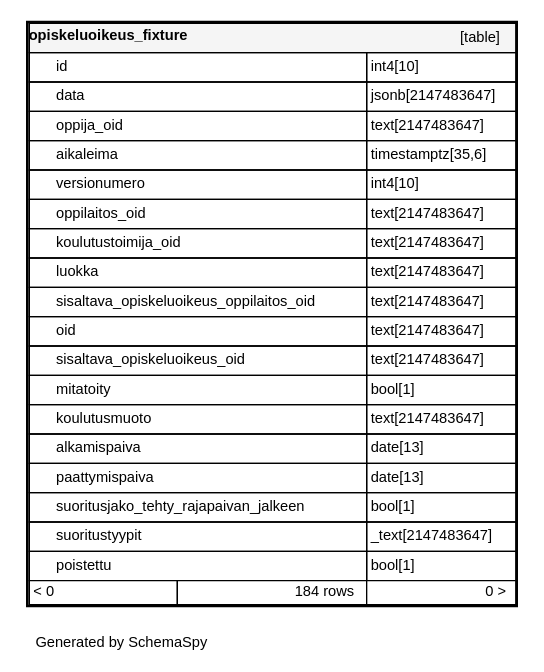
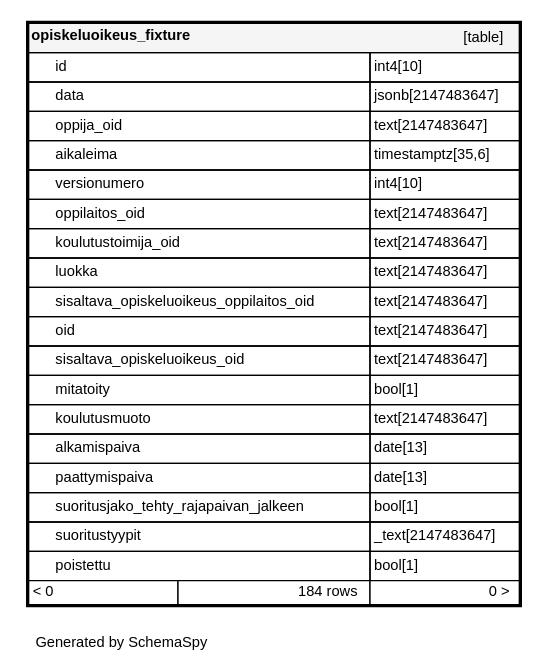
One commit to Opetushallitus/koski changed the diagram in documentation/tietokantaskeemat/koski/diagrams/tables/opiskeluoikeus_fixture.1degree.dot. Above: the diagram before and after it, drawn with Graphviz. The commit also changed 235 other files, not shown here.

```diff
--- a/documentation/tietokantaskeemat/koski/diagrams/tables/opiskeluoikeus_fixture.1degree.dot
+++ b/documentation/tietokantaskeemat/koski/diagrams/tables/opiskeluoikeus_fixture.1degree.dot
@@ -3,25 +3,25 @@
   "opiskeluoikeus_fixture" [
    label=<
     <TABLE BORDER="2" CELLBORDER="1" CELLSPACING="0" BGCOLOR="#ffffff">
-      <TR><TD COLSPAN="4"  BGCOLOR="#f5f5f5"><TABLE BORDER="0" CELLSPACING="0"><TR><TD ALIGN="LEFT" FIXEDSIZE="TRUE" WIDTH="130" HEIGHT="16"><B>opiskeluoikeus_fixture</B></TD><TD ALIGN="RIGHT">[table]</TD></TR></TABLE></TD></TR>
-      <TR><TD PORT="id" COLSPAN="2" ALIGN="LEFT"><TABLE BORDER="0" CELLSPACING="0" ALIGN="LEFT"><TR ALIGN="LEFT"><TD ALIGN="LEFT" FIXEDSIZE="TRUE" WIDTH="15" HEIGHT="16"></TD><TD ALIGN="LEFT" FIXEDSIZE="TRUE" WIDTH="232" HEIGHT="16">id</TD></TR></TABLE></TD><TD PORT="id.type" ALIGN="LEFT">int4[10]</TD></TR>
-      <TR><TD PORT="data" COLSPAN="2" ALIGN="LEFT"><TABLE BORDER="0" CELLSPACING="0" ALIGN="LEFT"><TR ALIGN="LEFT"><TD ALIGN="LEFT" FIXEDSIZE="TRUE" WIDTH="15" HEIGHT="16"></TD><TD ALIGN="LEFT" FIXEDSIZE="TRUE" WIDTH="232" HEIGHT="16">data</TD></TR></TABLE></TD><TD PORT="data.type" ALIGN="LEFT">jsonb[2147483647]</TD></TR>
-      <TR><TD PORT="oppija_oid" COLSPAN="2" ALIGN="LEFT"><TABLE BORDER="0" CELLSPACING="0" ALIGN="LEFT"><TR ALIGN="LEFT"><TD ALIGN="LEFT" FIXEDSIZE="TRUE" WIDTH="15" HEIGHT="16"></TD><TD ALIGN="LEFT" FIXEDSIZE="TRUE" WIDTH="232" HEIGHT="16">oppija_oid</TD></TR></TABLE></TD><TD PORT="oppija_oid.type" ALIGN="LEFT">text[2147483647]</TD></TR>
-      <TR><TD PORT="aikaleima" COLSPAN="2" ALIGN="LEFT"><TABLE BORDER="0" CELLSPACING="0" ALIGN="LEFT"><TR ALIGN="LEFT"><TD ALIGN="LEFT" FIXEDSIZE="TRUE" WIDTH="15" HEIGHT="16"></TD><TD ALIGN="LEFT" FIXEDSIZE="TRUE" WIDTH="232" HEIGHT="16">aikaleima</TD></TR></TABLE></TD><TD PORT="aikaleima.type" ALIGN="LEFT">timestamptz[35,6]</TD></TR>
-      <TR><TD PORT="versionumero" COLSPAN="2" ALIGN="LEFT"><TABLE BORDER="0" CELLSPACING="0" ALIGN="LEFT"><TR ALIGN="LEFT"><TD ALIGN="LEFT" FIXEDSIZE="TRUE" WIDTH="15" HEIGHT="16"></TD><TD ALIGN="LEFT" FIXEDSIZE="TRUE" WIDTH="232" HEIGHT="16">versionumero</TD></TR></TABLE></TD><TD PORT="versionumero.type" ALIGN="LEFT">int4[10]</TD></TR>
-      <TR><TD PORT="oppilaitos_oid" COLSPAN="2" ALIGN="LEFT"><TABLE BORDER="0" CELLSPACING="0" ALIGN="LEFT"><TR ALIGN="LEFT"><TD ALIGN="LEFT" FIXEDSIZE="TRUE" WIDTH="15" HEIGHT="16"></TD><TD ALIGN="LEFT" FIXEDSIZE="TRUE" WIDTH="232" HEIGHT="16">oppilaitos_oid</TD></TR></TABLE></TD><TD PORT="oppilaitos_oid.type" ALIGN="LEFT">text[2147483647]</TD></TR>
-      <TR><TD PORT="koulutustoimija_oid" COLSPAN="2" ALIGN="LEFT"><TABLE BORDER="0" CELLSPACING="0" ALIGN="LEFT"><TR ALIGN="LEFT"><TD ALIGN="LEFT" FIXEDSIZE="TRUE" WIDTH="15" HEIGHT="16"></TD><TD ALIGN="LEFT" FIXEDSIZE="TRUE" WIDTH="232" HEIGHT="16">koulutustoimija_oid</TD></TR></TABLE></TD><TD PORT="koulutustoimija_oid.type" ALIGN="LEFT">text[2147483647]</TD></TR>
-      <TR><TD PORT="luokka" COLSPAN="2" ALIGN="LEFT"><TABLE BORDER="0" CELLSPACING="0" ALIGN="LEFT"><TR ALIGN="LEFT"><TD ALIGN="LEFT" FIXEDSIZE="TRUE" WIDTH="15" HEIGHT="16"></TD><TD ALIGN="LEFT" FIXEDSIZE="TRUE" WIDTH="232" HEIGHT="16">luokka</TD></TR></TABLE></TD><TD PORT="luokka.type" ALIGN="LEFT">text[2147483647]</TD></TR>
-      <TR><TD PORT="sisaltava_opiskeluoikeus_oppilaitos_oid" COLSPAN="2" ALIGN="LEFT"><TABLE BORDER="0" CELLSPACING="0" ALIGN="LEFT"><TR ALIGN="LEFT"><TD ALIGN="LEFT" FIXEDSIZE="TRUE" WIDTH="15" HEIGHT="16"></TD><TD ALIGN="LEFT" FIXEDSIZE="TRUE" WIDTH="232" HEIGHT="16">sisaltava_opiskeluoikeus_oppilaitos_oid</TD></TR></TABLE></TD><TD PORT="sisaltava_opiskeluoikeus_oppilaitos_oid.type" ALIGN="LEFT">text[2147483647]</TD></TR>
-      <TR><TD PORT="oid" COLSPAN="2" ALIGN="LEFT"><TABLE BORDER="0" CELLSPACING="0" ALIGN="LEFT"><TR ALIGN="LEFT"><TD ALIGN="LEFT" FIXEDSIZE="TRUE" WIDTH="15" HEIGHT="16"></TD><TD ALIGN="LEFT" FIXEDSIZE="TRUE" WIDTH="232" HEIGHT="16">oid</TD></TR></TABLE></TD><TD PORT="oid.type" ALIGN="LEFT">text[2147483647]</TD></TR>
-      <TR><TD PORT="sisaltava_opiskeluoikeus_oid" COLSPAN="2" ALIGN="LEFT"><TABLE BORDER="0" CELLSPACING="0" ALIGN="LEFT"><TR ALIGN="LEFT"><TD ALIGN="LEFT" FIXEDSIZE="TRUE" WIDTH="15" HEIGHT="16"></TD><TD ALIGN="LEFT" FIXEDSIZE="TRUE" WIDTH="232" HEIGHT="16">sisaltava_opiskeluoikeus_oid</TD></TR></TABLE></TD><TD PORT="sisaltava_opiskeluoikeus_oid.type" ALIGN="LEFT">text[2147483647]</TD></TR>
-      <TR><TD PORT="mitatoity" COLSPAN="2" ALIGN="LEFT"><TABLE BORDER="0" CELLSPACING="0" ALIGN="LEFT"><TR ALIGN="LEFT"><TD ALIGN="LEFT" FIXEDSIZE="TRUE" WIDTH="15" HEIGHT="16"></TD><TD ALIGN="LEFT" FIXEDSIZE="TRUE" WIDTH="232" HEIGHT="16">mitatoity</TD></TR></TABLE></TD><TD PORT="mitatoity.type" ALIGN="LEFT">bool[1]</TD></TR>
-      <TR><TD PORT="koulutusmuoto" COLSPAN="2" ALIGN="LEFT"><TABLE BORDER="0" CELLSPACING="0" ALIGN="LEFT"><TR ALIGN="LEFT"><TD ALIGN="LEFT" FIXEDSIZE="TRUE" WIDTH="15" HEIGHT="16"></TD><TD ALIGN="LEFT" FIXEDSIZE="TRUE" WIDTH="232" HEIGHT="16">koulutusmuoto</TD></TR></TABLE></TD><TD PORT="koulutusmuoto.type" ALIGN="LEFT">text[2147483647]</TD></TR>
-      <TR><TD PORT="alkamispaiva" COLSPAN="2" ALIGN="LEFT"><TABLE BORDER="0" CELLSPACING="0" ALIGN="LEFT"><TR ALIGN="LEFT"><TD ALIGN="LEFT" FIXEDSIZE="TRUE" WIDTH="15" HEIGHT="16"></TD><TD ALIGN="LEFT" FIXEDSIZE="TRUE" WIDTH="232" HEIGHT="16">alkamispaiva</TD></TR></TABLE></TD><TD PORT="alkamispaiva.type" ALIGN="LEFT">date[13]</TD></TR>
-      <TR><TD PORT="paattymispaiva" COLSPAN="2" ALIGN="LEFT"><TABLE BORDER="0" CELLSPACING="0" ALIGN="LEFT"><TR ALIGN="LEFT"><TD ALIGN="LEFT" FIXEDSIZE="TRUE" WIDTH="15" HEIGHT="16"></TD><TD ALIGN="LEFT" FIXEDSIZE="TRUE" WIDTH="232" HEIGHT="16">paattymispaiva</TD></TR></TABLE></TD><TD PORT="paattymispaiva.type" ALIGN="LEFT">date[13]</TD></TR>
-      <TR><TD PORT="suoritusjako_tehty_rajapaivan_jalkeen" COLSPAN="2" ALIGN="LEFT"><TABLE BORDER="0" CELLSPACING="0" ALIGN="LEFT"><TR ALIGN="LEFT"><TD ALIGN="LEFT" FIXEDSIZE="TRUE" WIDTH="15" HEIGHT="16"></TD><TD ALIGN="LEFT" FIXEDSIZE="TRUE" WIDTH="232" HEIGHT="16">suoritusjako_tehty_rajapaivan_jalkeen</TD></TR></TABLE></TD><TD PORT="suoritusjako_tehty_rajapaivan_jalkeen.type" ALIGN="LEFT">bool[1]</TD></TR>
-      <TR><TD PORT="suoritustyypit" COLSPAN="2" ALIGN="LEFT"><TABLE BORDER="0" CELLSPACING="0" ALIGN="LEFT"><TR ALIGN="LEFT"><TD ALIGN="LEFT" FIXEDSIZE="TRUE" WIDTH="15" HEIGHT="16"></TD><TD ALIGN="LEFT" FIXEDSIZE="TRUE" WIDTH="232" HEIGHT="16">suoritustyypit</TD></TR></TABLE></TD><TD PORT="suoritustyypit.type" ALIGN="LEFT">_text[2147483647]</TD></TR>
-      <TR><TD PORT="poistettu" COLSPAN="2" ALIGN="LEFT"><TABLE BORDER="0" CELLSPACING="0" ALIGN="LEFT"><TR ALIGN="LEFT"><TD ALIGN="LEFT" FIXEDSIZE="TRUE" WIDTH="15" HEIGHT="16"></TD><TD ALIGN="LEFT" FIXEDSIZE="TRUE" WIDTH="232" HEIGHT="16">poistettu</TD></TR></TABLE></TD><TD PORT="poistettu.type" ALIGN="LEFT">bool[1]</TD></TR>
+      <TR><TD COLSPAN="4"  BGCOLOR="#f5f5f5"><TABLE BORDER="0" CELLSPACING="0"><TR><TD ALIGN="LEFT" FIXEDSIZE="TRUE" WIDTH="135" HEIGHT="16"><B>opiskeluoikeus_fixture</B></TD><TD ALIGN="RIGHT">[table]</TD></TR></TABLE></TD></TR>
+      <TR><TD PORT="id" COLSPAN="2" ALIGN="LEFT"><TABLE BORDER="0" CELLSPACING="0" ALIGN="LEFT"><TR ALIGN="LEFT"><TD ALIGN="LEFT" FIXEDSIZE="TRUE" WIDTH="15" HEIGHT="16"></TD><TD ALIGN="LEFT" FIXEDSIZE="TRUE" WIDTH="235" HEIGHT="16">id</TD></TR></TABLE></TD><TD PORT="id.type" ALIGN="LEFT">int4[10]</TD></TR>
+      <TR><TD PORT="data" COLSPAN="2" ALIGN="LEFT"><TABLE BORDER="0" CELLSPACING="0" ALIGN="LEFT"><TR ALIGN="LEFT"><TD ALIGN="LEFT" FIXEDSIZE="TRUE" WIDTH="15" HEIGHT="16"></TD><TD ALIGN="LEFT" FIXEDSIZE="TRUE" WIDTH="235" HEIGHT="16">data</TD></TR></TABLE></TD><TD PORT="data.type" ALIGN="LEFT">jsonb[2147483647]</TD></TR>
+      <TR><TD PORT="oppija_oid" COLSPAN="2" ALIGN="LEFT"><TABLE BORDER="0" CELLSPACING="0" ALIGN="LEFT"><TR ALIGN="LEFT"><TD ALIGN="LEFT" FIXEDSIZE="TRUE" WIDTH="15" HEIGHT="16"></TD><TD ALIGN="LEFT" FIXEDSIZE="TRUE" WIDTH="235" HEIGHT="16">oppija_oid</TD></TR></TABLE></TD><TD PORT="oppija_oid.type" ALIGN="LEFT">text[2147483647]</TD></TR>
+      <TR><TD PORT="aikaleima" COLSPAN="2" ALIGN="LEFT"><TABLE BORDER="0" CELLSPACING="0" ALIGN="LEFT"><TR ALIGN="LEFT"><TD ALIGN="LEFT" FIXEDSIZE="TRUE" WIDTH="15" HEIGHT="16"></TD><TD ALIGN="LEFT" FIXEDSIZE="TRUE" WIDTH="235" HEIGHT="16">aikaleima</TD></TR></TABLE></TD><TD PORT="aikaleima.type" ALIGN="LEFT">timestamptz[35,6]</TD></TR>
+      <TR><TD PORT="versionumero" COLSPAN="2" ALIGN="LEFT"><TABLE BORDER="0" CELLSPACING="0" ALIGN="LEFT"><TR ALIGN="LEFT"><TD ALIGN="LEFT" FIXEDSIZE="TRUE" WIDTH="15" HEIGHT="16"></TD><TD ALIGN="LEFT" FIXEDSIZE="TRUE" WIDTH="235" HEIGHT="16">versionumero</TD></TR></TABLE></TD><TD PORT="versionumero.type" ALIGN="LEFT">int4[10]</TD></TR>
+      <TR><TD PORT="oppilaitos_oid" COLSPAN="2" ALIGN="LEFT"><TABLE BORDER="0" CELLSPACING="0" ALIGN="LEFT"><TR ALIGN="LEFT"><TD ALIGN="LEFT" FIXEDSIZE="TRUE" WIDTH="15" HEIGHT="16"></TD><TD ALIGN="LEFT" FIXEDSIZE="TRUE" WIDTH="235" HEIGHT="16">oppilaitos_oid</TD></TR></TABLE></TD><TD PORT="oppilaitos_oid.type" ALIGN="LEFT">text[2147483647]</TD></TR>
+      <TR><TD PORT="koulutustoimija_oid" COLSPAN="2" ALIGN="LEFT"><TABLE BORDER="0" CELLSPACING="0" ALIGN="LEFT"><TR ALIGN="LEFT"><TD ALIGN="LEFT" FIXEDSIZE="TRUE" WIDTH="15" HEIGHT="16"></TD><TD ALIGN="LEFT" FIXEDSIZE="TRUE" WIDTH="235" HEIGHT="16">koulutustoimija_oid</TD></TR></TABLE></TD><TD PORT="koulutustoimija_oid.type" ALIGN="LEFT">text[2147483647]</TD></TR>
+      <TR><TD PORT="luokka" COLSPAN="2" ALIGN="LEFT"><TABLE BORDER="0" CELLSPACING="0" ALIGN="LEFT"><TR ALIGN="LEFT"><TD ALIGN="LEFT" FIXEDSIZE="TRUE" WIDTH="15" HEIGHT="16"></TD><TD ALIGN="LEFT" FIXEDSIZE="TRUE" WIDTH="235" HEIGHT="16">luokka</TD></TR></TABLE></TD><TD PORT="luokka.type" ALIGN="LEFT">text[2147483647]</TD></TR>
+      <TR><TD PORT="sisaltava_opiskeluoikeus_oppilaitos_oid" COLSPAN="2" ALIGN="LEFT"><TABLE BORDER="0" CELLSPACING="0" ALIGN="LEFT"><TR ALIGN="LEFT"><TD ALIGN="LEFT" FIXEDSIZE="TRUE" WIDTH="15" HEIGHT="16"></TD><TD ALIGN="LEFT" FIXEDSIZE="TRUE" WIDTH="235" HEIGHT="16">sisaltava_opiskeluoikeus_oppilaitos_oid</TD></TR></TABLE></TD><TD PORT="sisaltava_opiskeluoikeus_oppilaitos_oid.type" ALIGN="LEFT">text[2147483647]</TD></TR>
+      <TR><TD PORT="oid" COLSPAN="2" ALIGN="LEFT"><TABLE BORDER="0" CELLSPACING="0" ALIGN="LEFT"><TR ALIGN="LEFT"><TD ALIGN="LEFT" FIXEDSIZE="TRUE" WIDTH="15" HEIGHT="16"></TD><TD ALIGN="LEFT" FIXEDSIZE="TRUE" WIDTH="235" HEIGHT="16">oid</TD></TR></TABLE></TD><TD PORT="oid.type" ALIGN="LEFT">text[2147483647]</TD></TR>
+      <TR><TD PORT="sisaltava_opiskeluoikeus_oid" COLSPAN="2" ALIGN="LEFT"><TABLE BORDER="0" CELLSPACING="0" ALIGN="LEFT"><TR ALIGN="LEFT"><TD ALIGN="LEFT" FIXEDSIZE="TRUE" WIDTH="15" HEIGHT="16"></TD><TD ALIGN="LEFT" FIXEDSIZE="TRUE" WIDTH="235" HEIGHT="16">sisaltava_opiskeluoikeus_oid</TD></TR></TABLE></TD><TD PORT="sisaltava_opiskeluoikeus_oid.type" ALIGN="LEFT">text[2147483647]</TD></TR>
+      <TR><TD PORT="mitatoity" COLSPAN="2" ALIGN="LEFT"><TABLE BORDER="0" CELLSPACING="0" ALIGN="LEFT"><TR ALIGN="LEFT"><TD ALIGN="LEFT" FIXEDSIZE="TRUE" WIDTH="15" HEIGHT="16"></TD><TD ALIGN="LEFT" FIXEDSIZE="TRUE" WIDTH="235" HEIGHT="16">mitatoity</TD></TR></TABLE></TD><TD PORT="mitatoity.type" ALIGN="LEFT">bool[1]</TD></TR>
+      <TR><TD PORT="koulutusmuoto" COLSPAN="2" ALIGN="LEFT"><TABLE BORDER="0" CELLSPACING="0" ALIGN="LEFT"><TR ALIGN="LEFT"><TD ALIGN="LEFT" FIXEDSIZE="TRUE" WIDTH="15" HEIGHT="16"></TD><TD ALIGN="LEFT" FIXEDSIZE="TRUE" WIDTH="235" HEIGHT="16">koulutusmuoto</TD></TR></TABLE></TD><TD PORT="koulutusmuoto.type" ALIGN="LEFT">text[2147483647]</TD></TR>
+      <TR><TD PORT="alkamispaiva" COLSPAN="2" ALIGN="LEFT"><TABLE BORDER="0" CELLSPACING="0" ALIGN="LEFT"><TR ALIGN="LEFT"><TD ALIGN="LEFT" FIXEDSIZE="TRUE" WIDTH="15" HEIGHT="16"></TD><TD ALIGN="LEFT" FIXEDSIZE="TRUE" WIDTH="235" HEIGHT="16">alkamispaiva</TD></TR></TABLE></TD><TD PORT="alkamispaiva.type" ALIGN="LEFT">date[13]</TD></TR>
+      <TR><TD PORT="paattymispaiva" COLSPAN="2" ALIGN="LEFT"><TABLE BORDER="0" CELLSPACING="0" ALIGN="LEFT"><TR ALIGN="LEFT"><TD ALIGN="LEFT" FIXEDSIZE="TRUE" WIDTH="15" HEIGHT="16"></TD><TD ALIGN="LEFT" FIXEDSIZE="TRUE" WIDTH="235" HEIGHT="16">paattymispaiva</TD></TR></TABLE></TD><TD PORT="paattymispaiva.type" ALIGN="LEFT">date[13]</TD></TR>
+      <TR><TD PORT="suoritusjako_tehty_rajapaivan_jalkeen" COLSPAN="2" ALIGN="LEFT"><TABLE BORDER="0" CELLSPACING="0" ALIGN="LEFT"><TR ALIGN="LEFT"><TD ALIGN="LEFT" FIXEDSIZE="TRUE" WIDTH="15" HEIGHT="16"></TD><TD ALIGN="LEFT" FIXEDSIZE="TRUE" WIDTH="235" HEIGHT="16">suoritusjako_tehty_rajapaivan_jalkeen</TD></TR></TABLE></TD><TD PORT="suoritusjako_tehty_rajapaivan_jalkeen.type" ALIGN="LEFT">bool[1]</TD></TR>
+      <TR><TD PORT="suoritustyypit" COLSPAN="2" ALIGN="LEFT"><TABLE BORDER="0" CELLSPACING="0" ALIGN="LEFT"><TR ALIGN="LEFT"><TD ALIGN="LEFT" FIXEDSIZE="TRUE" WIDTH="15" HEIGHT="16"></TD><TD ALIGN="LEFT" FIXEDSIZE="TRUE" WIDTH="235" HEIGHT="16">suoritustyypit</TD></TR></TABLE></TD><TD PORT="suoritustyypit.type" ALIGN="LEFT">_text[2147483647]</TD></TR>
+      <TR><TD PORT="poistettu" COLSPAN="2" ALIGN="LEFT"><TABLE BORDER="0" CELLSPACING="0" ALIGN="LEFT"><TR ALIGN="LEFT"><TD ALIGN="LEFT" FIXEDSIZE="TRUE" WIDTH="15" HEIGHT="16"></TD><TD ALIGN="LEFT" FIXEDSIZE="TRUE" WIDTH="235" HEIGHT="16">poistettu</TD></TR></TABLE></TD><TD PORT="poistettu.type" ALIGN="LEFT">bool[1]</TD></TR>
       <TR><TD ALIGN="LEFT" BGCOLOR="#ffffff">&lt; 0</TD><TD ALIGN="RIGHT" BGCOLOR="#ffffff">184 rows</TD><TD ALIGN="RIGHT" BGCOLOR="#ffffff">0 &gt;</TD></TR>
     </TABLE>>
     URL="../../tables/opiskeluoikeus_fixture.html"
```
